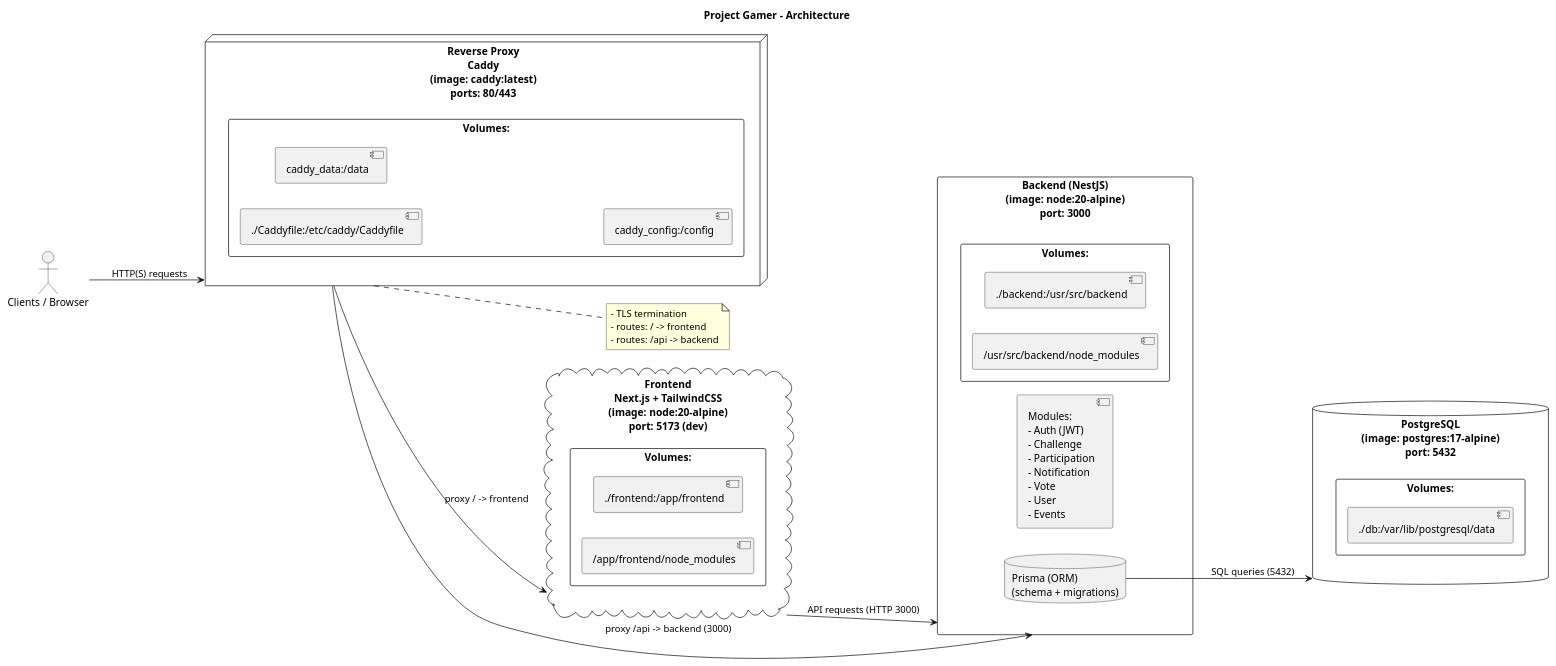
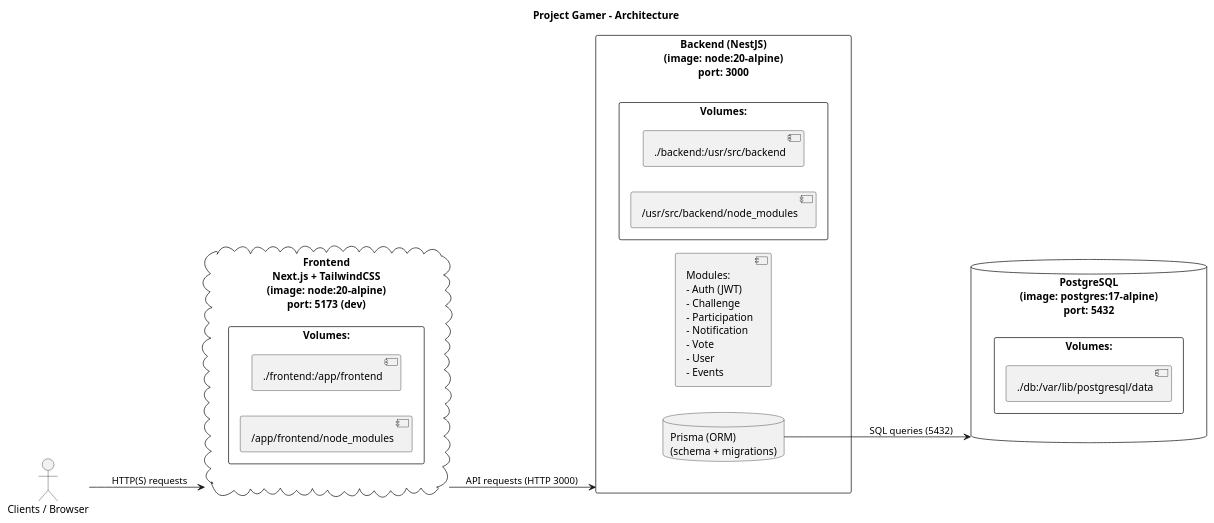
One commit to LaureanneDrozdz/project-gamer changed the diagram in conception/diagrams/archi_from_image.puml. Above: the diagram before and after it, drawn with PlantUML. The commit also changed 3 other files, not shown here.

```diff
--- a/conception/diagrams/archi_from_image.puml
+++ b/conception/diagrams/archi_from_image.puml
@@ -1,57 +1,43 @@
 @startuml archi_from_image
 title Project Gamer - Architecture
 
 skinparam rectangle {
   Shadowing false
 }
 
 left to right direction
 
 actor "Clients / Browser" as Clients
-
-node "Reverse Proxy\nCaddy\n(image: caddy:latest)\nports: 80/443" as Caddy {
-  rectangle "Volumes:" as CaddyVol {
-    [./Caddyfile:/etc/caddy/Caddyfile]
-    [caddy_data:/data]
-    [caddy_config:/config]
-  }
-}
 
 cloud "Frontend\nNext.js + TailwindCSS\n(image: node:20-alpine)\nport: 5173 (dev)" as Frontend {
   rectangle "Volumes:" as FrontVol {
     [./frontend:/app/frontend]
     [/app/frontend/node_modules]
   }
 }
 
 rectangle "Backend (NestJS)\n(image: node:20-alpine)\nport: 3000" as Backend {
   component "Modules:\n- Auth (JWT)\n- Challenge\n- Participation\n- Notification\n- Vote\n- User\n- Events" as Modules
   database "Prisma (ORM)\n(schema + migrations)" as Prisma
   rectangle "Volumes:" as BackVol {
     [./backend:/usr/src/backend]
     [/usr/src/backend/node_modules]
   }
 }
 
 database "PostgreSQL\n(image: postgres:17-alpine)\nport: 5432" as Postgres {
   rectangle "Volumes:" as DbVol {
     [./db:/var/lib/postgresql/data]
   }
 }
 
-' Connections
-Clients -down-> Caddy : HTTP(S) requests
-Caddy --> Frontend : proxy / -> frontend
-Caddy --> Backend : proxy /api -> backend (3000)
+
+Clients -down-> Frontend : HTTP(S) requests
 
 Frontend --> Backend : API requests (HTTP 3000)
 
 Prisma --> Postgres : SQL queries (5432)
 
-note right of Caddy
-  - TLS termination
-  - routes: / -> frontend
-  - routes: /api -> backend
-end note
+
 
 @enduml
```
